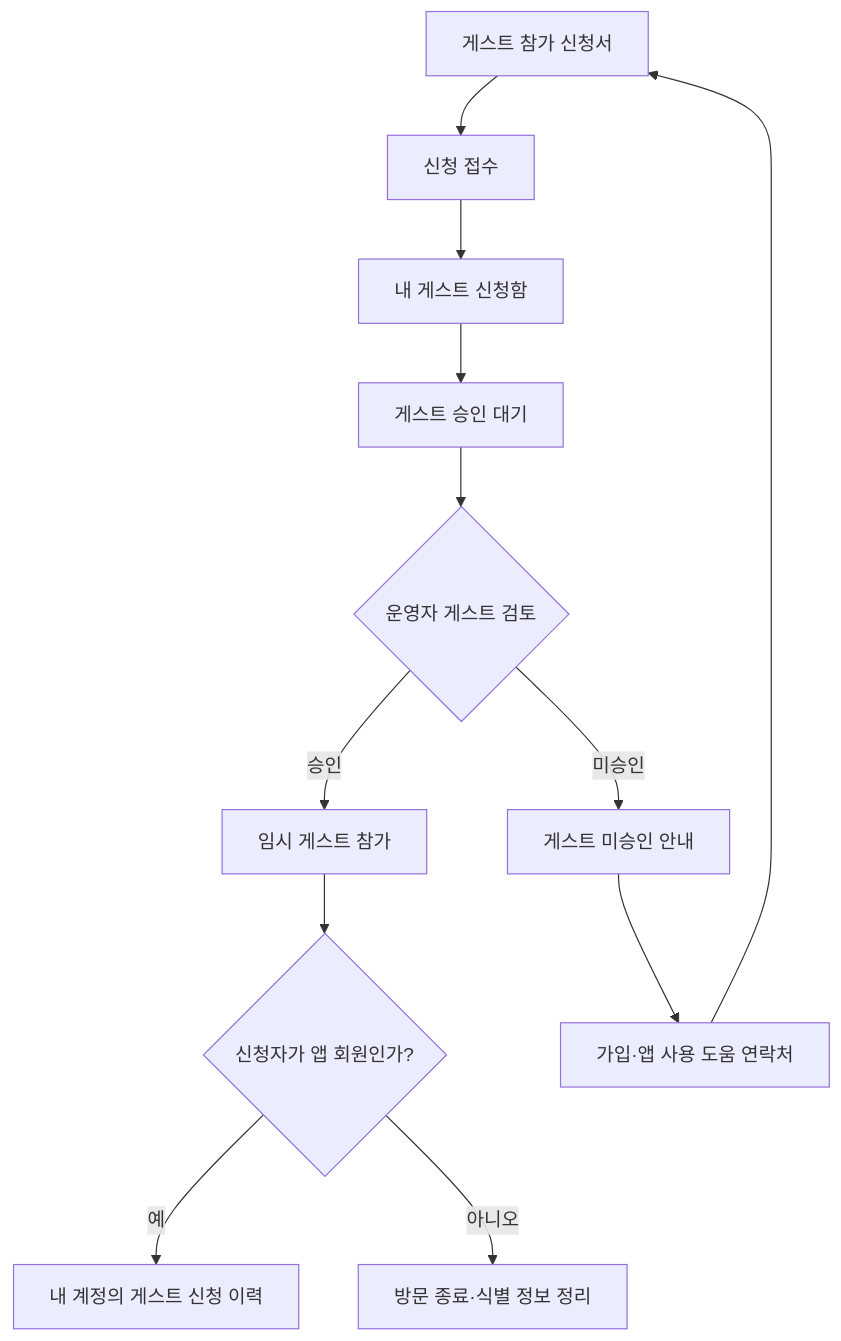
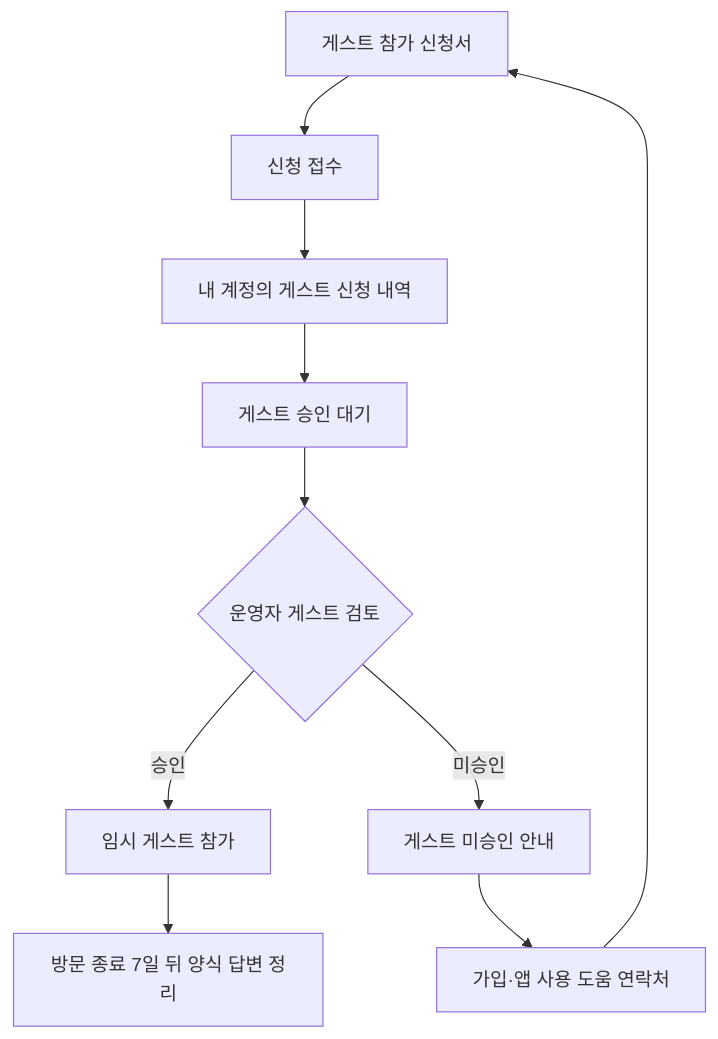
Before and after one commit to 2hyun2/badminton-club-platform: the eighth of 9 diagrams in 02 UI 화면 흐름.md, drawn with Mermaid. The commit also changed other lines of this file and 11 other files, not shown here.

````diff
--- a/02 UI 화면 흐름.md
+++ b/02 UI 화면 흐름.md
@@ -306,14 +284,12 @@
 ```mermaid
 flowchart TD
     Apply[게스트 참가 신청서] --> Submit[신청 접수]
-    Submit --> GuestInbox[내 게스트 신청함]
-    GuestInbox --> Pending[게스트 승인 대기]
+    Submit --> History[내 계정의 게스트 신청 내역]
+    History --> Pending[게스트 승인 대기]
     Pending --> Review{운영자 게스트 검토}
     Review -- 승인 --> GuestPass[임시 게스트 참가]
-    GuestPass --> Retention{신청자가 앱 회원인가?}
-    Retention -- 예 --> History[내 계정의 게스트 신청 이력]
-    Retention -- 아니오 --> Expire[방문 종료·식별 정보 정리]
+    GuestPass --> Expire[방문 종료 7일 뒤 양식 답변 정리]
     Review -- 미승인 --> Rejected[게스트 미승인 안내]
     Rejected --> Help[가입·앱 사용 도움 연락처]
     Help --> Apply
 ```
````
